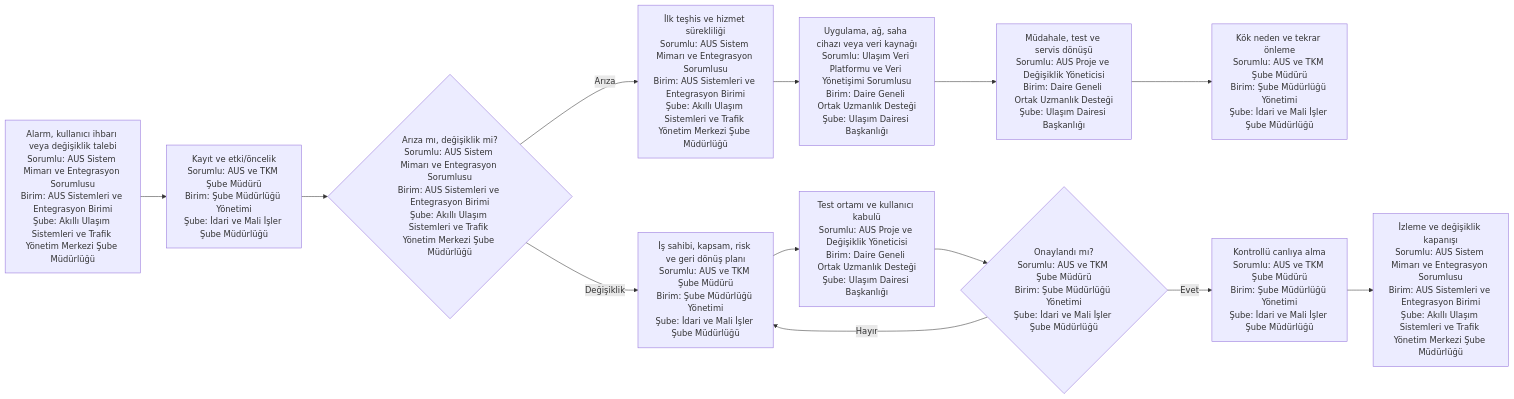
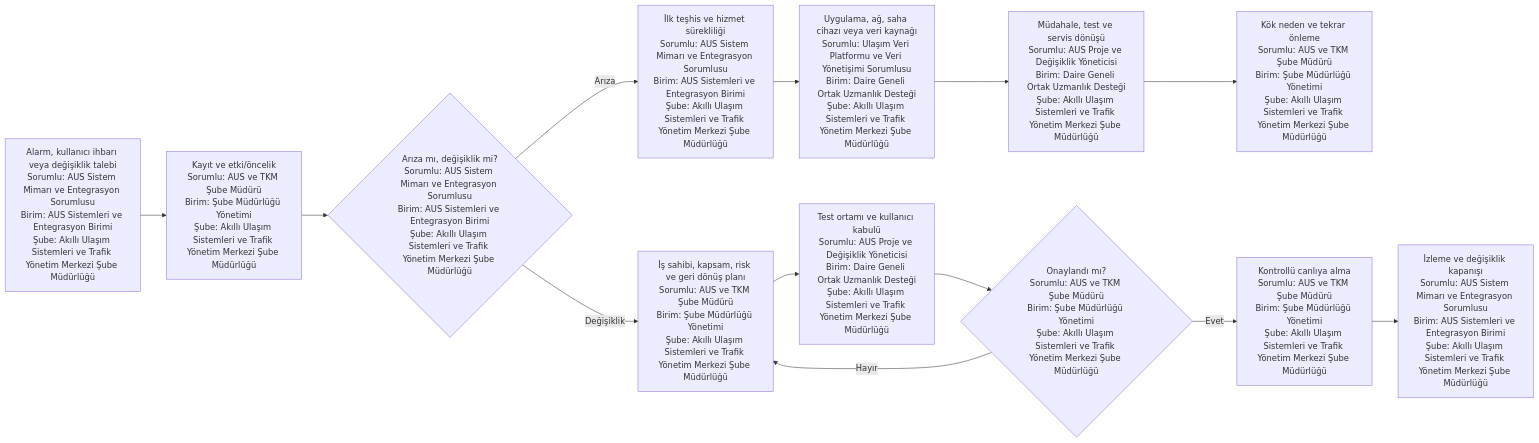
The fifth of 5 diagrams in 15_yalin_surec_haritalari/akilli_ulasim/README.md (merdaergen-create/Ulasim_Dairesi_Is_Analizi), drawn with Mermaid before and after one commit. The commit also changed other lines of this file and 8 other files, not shown here.

````diff
--- a/15_yalin_surec_haritalari/akilli_ulasim/README.md
+++ b/15_yalin_surec_haritalari/akilli_ulasim/README.md
@@ -165,15 +165,15 @@
 ```mermaid
 flowchart LR
-    A[Alarm, kullanıcı ihbarı veya değişiklik talebi<br/>Sorumlu: AUS Sistem Mimarı ve Entegrasyon Sorumlusu<br/>Birim: AUS Sistemleri ve Entegrasyon Birimi<br/>Şube: Akıllı Ulaşım Sistemleri ve Trafik Yönetim Merkezi Şube Müdürlüğü] --> B[Kayıt ve etki/öncelik<br/>Sorumlu: AUS ve TKM Şube Müdürü<br/>Birim: Şube Müdürlüğü Yönetimi<br/>Şube: İdari ve Mali İşler Şube Müdürlüğü]
+    A[Alarm, kullanıcı ihbarı veya değişiklik talebi<br/>Sorumlu: AUS Sistem Mimarı ve Entegrasyon Sorumlusu<br/>Birim: AUS Sistemleri ve Entegrasyon Birimi<br/>Şube: Akıllı Ulaşım Sistemleri ve Trafik Yönetim Merkezi Şube Müdürlüğü] --> B[Kayıt ve etki/öncelik<br/>Sorumlu: AUS ve TKM Şube Müdürü<br/>Birim: Şube Müdürlüğü Yönetimi<br/>Şube: Akıllı Ulaşım Sistemleri ve Trafik Yönetim Merkezi Şube Müdürlüğü]
     B --> C{Arıza mı, değişiklik mi?<br/>Sorumlu: AUS Sistem Mimarı ve Entegrasyon Sorumlusu<br/>Birim: AUS Sistemleri ve Entegrasyon Birimi<br/>Şube: Akıllı Ulaşım Sistemleri ve Trafik Yönetim Merkezi Şube Müdürlüğü}
     C -- Arıza --> D[İlk teşhis ve hizmet sürekliliği<br/>Sorumlu: AUS Sistem Mimarı ve Entegrasyon Sorumlusu<br/>Birim: AUS Sistemleri ve Entegrasyon Birimi<br/>Şube: Akıllı Ulaşım Sistemleri ve Trafik Yönetim Merkezi Şube Müdürlüğü]
-    D --> E[Uygulama, ağ, saha cihazı veya veri kaynağı<br/>Sorumlu: Ulaşım Veri Platformu ve Veri Yönetişimi Sorumlusu<br/>Birim: Daire Geneli Ortak Uzmanlık Desteği<br/>Şube: Ulaşım Dairesi Başkanlığı]
-    E --> F[Müdahale, test ve servis dönüşü<br/>Sorumlu: AUS Proje ve Değişiklik Yöneticisi<br/>Birim: Daire Geneli Ortak Uzmanlık Desteği<br/>Şube: Ulaşım Dairesi Başkanlığı]
-    F --> G[Kök neden ve tekrar önleme<br/>Sorumlu: AUS ve TKM Şube Müdürü<br/>Birim: Şube Müdürlüğü Yönetimi<br/>Şube: İdari ve Mali İşler Şube Müdürlüğü]
-    C -- Değişiklik --> H[İş sahibi, kapsam, risk ve geri dönüş planı<br/>Sorumlu: AUS ve TKM Şube Müdürü<br/>Birim: Şube Müdürlüğü Yönetimi<br/>Şube: İdari ve Mali İşler Şube Müdürlüğü]
-    H --> I[Test ortamı ve kullanıcı kabulü<br/>Sorumlu: AUS Proje ve Değişiklik Yöneticisi<br/>Birim: Daire Geneli Ortak Uzmanlık Desteği<br/>Şube: Ulaşım Dairesi Başkanlığı]
-    I --> J{Onaylandı mı?<br/>Sorumlu: AUS ve TKM Şube Müdürü<br/>Birim: Şube Müdürlüğü Yönetimi<br/>Şube: İdari ve Mali İşler Şube Müdürlüğü}
+    D --> E[Uygulama, ağ, saha cihazı veya veri kaynağı<br/>Sorumlu: Ulaşım Veri Platformu ve Veri Yönetişimi Sorumlusu<br/>Birim: Daire Geneli Ortak Uzmanlık Desteği<br/>Şube: Akıllı Ulaşım Sistemleri ve Trafik Yönetim Merkezi Şube Müdürlüğü]
+    E --> F[Müdahale, test ve servis dönüşü<br/>Sorumlu: AUS Proje ve Değişiklik Yöneticisi<br/>Birim: Daire Geneli Ortak Uzmanlık Desteği<br/>Şube: Akıllı Ulaşım Sistemleri ve Trafik Yönetim Merkezi Şube Müdürlüğü]
+    F --> G[Kök neden ve tekrar önleme<br/>Sorumlu: AUS ve TKM Şube Müdürü<br/>Birim: Şube Müdürlüğü Yönetimi<br/>Şube: Akıllı Ulaşım Sistemleri ve Trafik Yönetim Merkezi Şube Müdürlüğü]
+    C -- Değişiklik --> H[İş sahibi, kapsam, risk ve geri dönüş planı<br/>Sorumlu: AUS ve TKM Şube Müdürü<br/>Birim: Şube Müdürlüğü Yönetimi<br/>Şube: Akıllı Ulaşım Sistemleri ve Trafik Yönetim Merkezi Şube Müdürlüğü]
+    H --> I[Test ortamı ve kullanıcı kabulü<br/>Sorumlu: AUS Proje ve Değişiklik Yöneticisi<br/>Birim: Daire Geneli Ortak Uzmanlık Desteği<br/>Şube: Akıllı Ulaşım Sistemleri ve Trafik Yönetim Merkezi Şube Müdürlüğü]
+    I --> J{Onaylandı mı?<br/>Sorumlu: AUS ve TKM Şube Müdürü<br/>Birim: Şube Müdürlüğü Yönetimi<br/>Şube: Akıllı Ulaşım Sistemleri ve Trafik Yönetim Merkezi Şube Müdürlüğü}
     J -- Hayır --> H
-    J -- Evet --> K[Kontrollü canlıya alma<br/>Sorumlu: AUS ve TKM Şube Müdürü<br/>Birim: Şube Müdürlüğü Yönetimi<br/>Şube: İdari ve Mali İşler Şube Müdürlüğü]
+    J -- Evet --> K[Kontrollü canlıya alma<br/>Sorumlu: AUS ve TKM Şube Müdürü<br/>Birim: Şube Müdürlüğü Yönetimi<br/>Şube: Akıllı Ulaşım Sistemleri ve Trafik Yönetim Merkezi Şube Müdürlüğü]
     K --> L[İzleme ve değişiklik kapanışı<br/>Sorumlu: AUS Sistem Mimarı ve Entegrasyon Sorumlusu<br/>Birim: AUS Sistemleri ve Entegrasyon Birimi<br/>Şube: Akıllı Ulaşım Sistemleri ve Trafik Yönetim Merkezi Şube Müdürlüğü]
 ```
````
